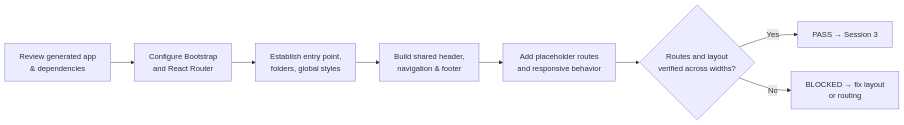
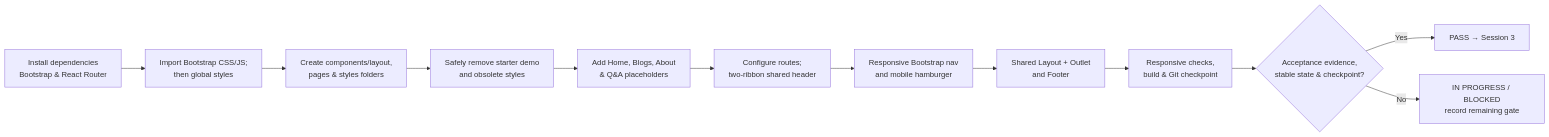
The fourth of 13 diagrams in docs/report/phase-1-session-report.md (jaydeeprajputprojects-wq/codeclassic), drawn with Mermaid before and after one commit. The commit also changed other lines of this file and 19 other files, not shown here.

First line of the commit message:
feat: integrate Bootstrap for styling and layout, add routing with React Router

````diff
--- a/docs/report/phase-1-session-report.md
+++ b/docs/report/phase-1-session-report.md
@@ -111,10 +112,14 @@
 ```mermaid
 flowchart LR
-    A["Review generated app<br/>& dependencies"] --> B["Configure Bootstrap<br/>and React Router"]
-    B --> C["Establish entry point,<br/>folders, global styles"]
-    C --> D["Build shared header,<br/>navigation & footer"]
-    D --> E["Add placeholder routes<br/>and responsive behavior"]
-    E --> F{"Routes and layout<br/>verified across widths?"}
-    F -- Yes --> G["PASS → Session 3"]
-    F -- No --> H["BLOCKED → fix layout<br/>or routing"]
+    A["Install dependencies<br/>Bootstrap & React Router"] --> B["Import Bootstrap CSS/JS;<br/>then global styles"]
+    B --> C["Create components/layout,<br/>pages & styles folders"]
+    C --> D["Safely remove starter demo<br/>and obsolete styles"]
+    D --> E["Add Home, Blogs, About<br/>& Q&A placeholders"]
+    E --> F["Configure routes;<br/>two-ribbon shared header"]
+    F --> G["Responsive Bootstrap nav<br/>and mobile hamburger"]
+    G --> H["Shared Layout + Outlet<br/>and Footer"]
+    H --> I["Responsive checks,<br/>build & Git checkpoint"]
+    I --> J{"Acceptance evidence,<br/>stable state & checkpoint?"}
+    J -- Yes --> K["PASS → Session 3"]
+    J -- No --> L["IN PROGRESS / BLOCKED<br/>record remaining gate"]
 ```
````
